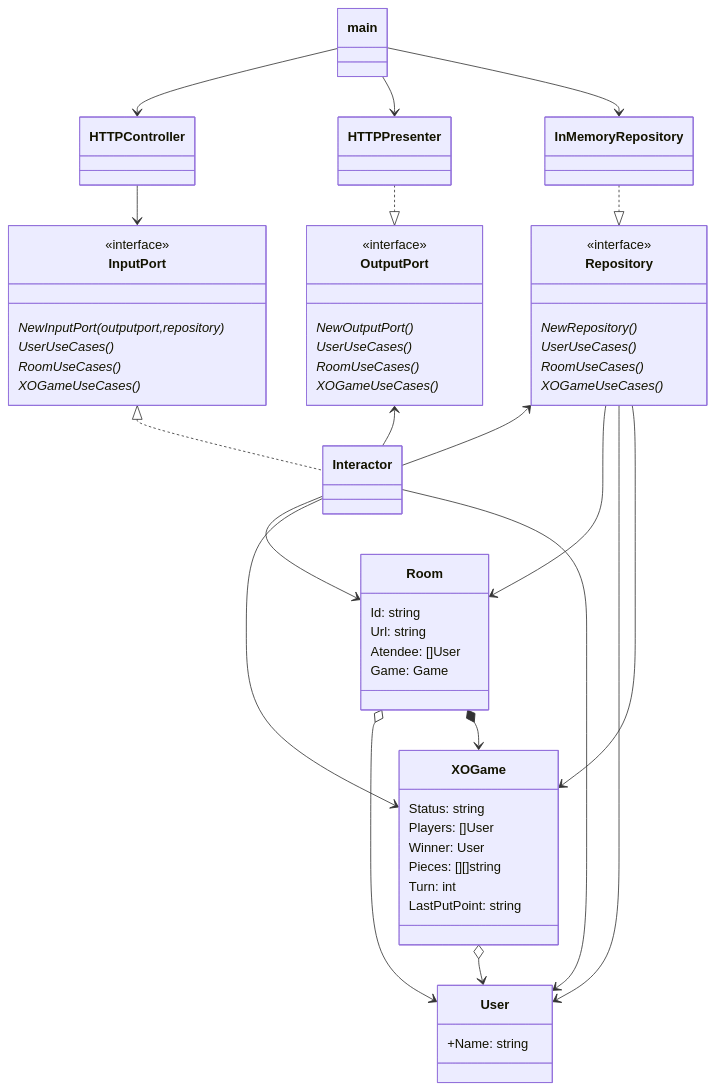
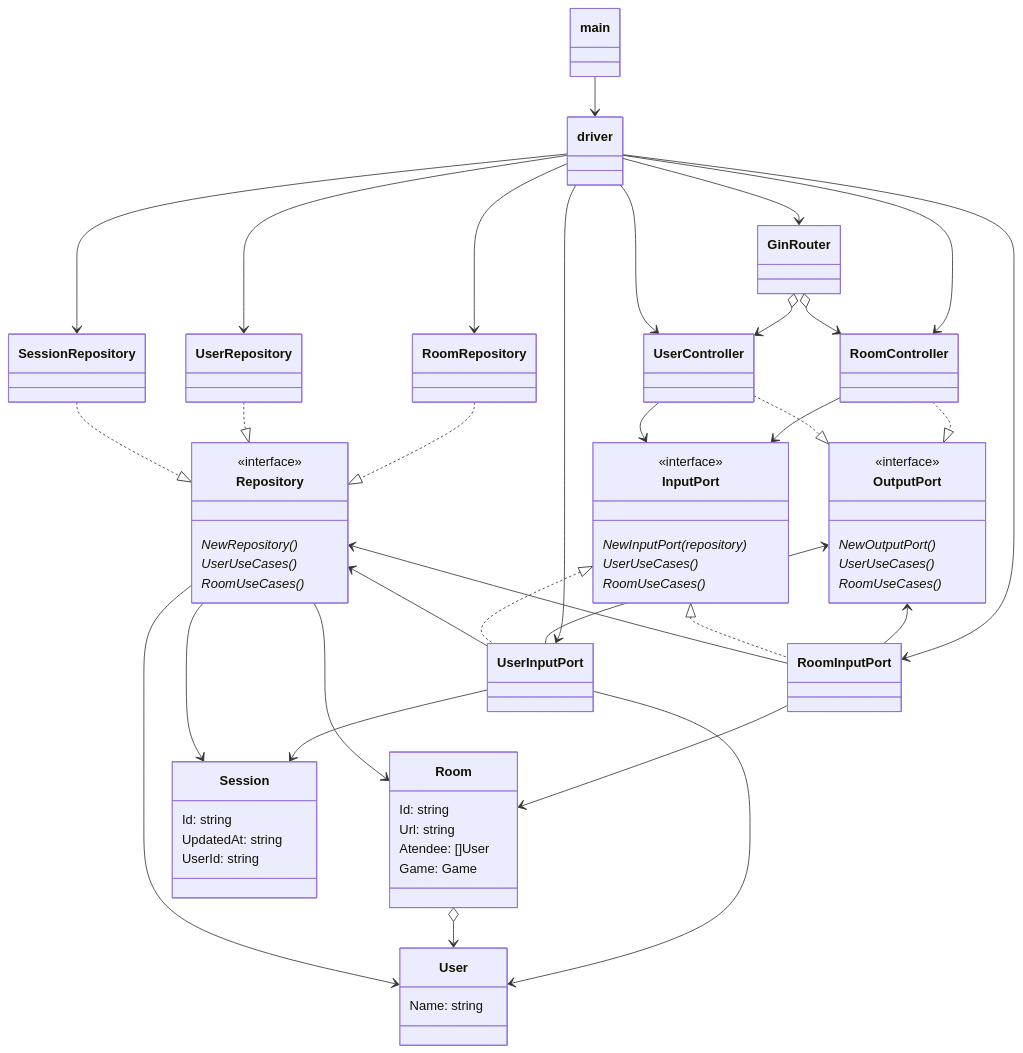
One commit to inahym196/go-gameroom changed the diagram in README.md. Above: the diagram before and after it, drawn with Mermaid. The commit also changed 23 other files, not shown here.

````diff
--- a/README.md
+++ b/README.md
@@ -4,34 +4,56 @@
 ```mermaid
 classDiagram
 
-main --> HTTPController
-main --> HTTPPresenter
-main --> InMemoryRepository
+main --> driver
 
-HTTPController --> InputPort
-HTTPPresenter ..|> OutputPort
-InMemoryRepository ..|> Repository
+driver --> GinRouter
 
-OutputPort <-- Interactor  
+GinRouter o--> UserController
+driver --> RoomController
+GinRouter o--> RoomController
+driver --> UserController
+driver --> RoomInputPort
+driver --> UserInputPort
+driver --> UserRepository
+driver --> RoomRepository
+driver --> SessionRepository
 
-InputPort <|.. Interactor
+RoomController --> InputPort
+RoomController ..|> OutputPort
 
-Repository <-- Interactor
+UserController --> InputPort
+UserController ..|> OutputPort
 
-Interactor --> Room
-Interactor --> XOGame
-Interactor --> User
+RoomRepository ..|> Repository
+UserRepository ..|> Repository
+SessionRepository ..|> Repository
+
+OutputPort <-- RoomInputPort 
+InputPort <|.. RoomInputPort 
+Repository <-- RoomInputPort 
+
+OutputPort <-- UserInputPort 
+InputPort <|.. UserInputPort 
+Repository <-- UserInputPort 
+
+RoomInputPort --> Room
+UserInputPort --> User
+UserInputPort --> Session
 
 Room o--> User
-Room *--> XOGame
 Repository --> Room
 Repository --> User
-Repository --> XOGame
+Repository --> Session
 
-XOGame o--> User
+
+class Session{
+    Id: string
+    UpdatedAt: string
+    UserId: string
+}
 
 class User{
-    +Name: string
+    Name: string
 }
 
 class Room{
@@ -41,38 +63,25 @@
     Game: Game
 }
 
-class XOGame{
-    Status: string
-    Players: []User
-    Winner: User
-    Pieces: [][]string
-    Turn: int
-    LastPutPoint: string
-}
-
 class Repository {
     <<interface>>
     NewRepository()*
     UserUseCases()*
     RoomUseCases()*
-    XOGameUseCases()*
 }
 
 class InputPort{
     <<interface>>
-    NewInputPort(outputport,repository)*
+    NewInputPort(repository)*
     UserUseCases()*
     RoomUseCases()*
-    XOGameUseCases()*
 }
-
 
 class OutputPort{
     <<interface>>
     NewOutputPort()*
     UserUseCases()*
     RoomUseCases()*
-    XOGameUseCases()*
 }
 
 ```
````
